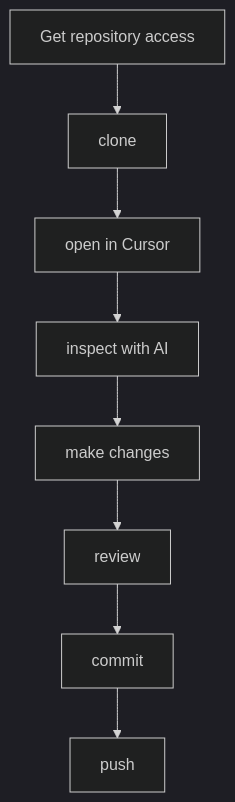
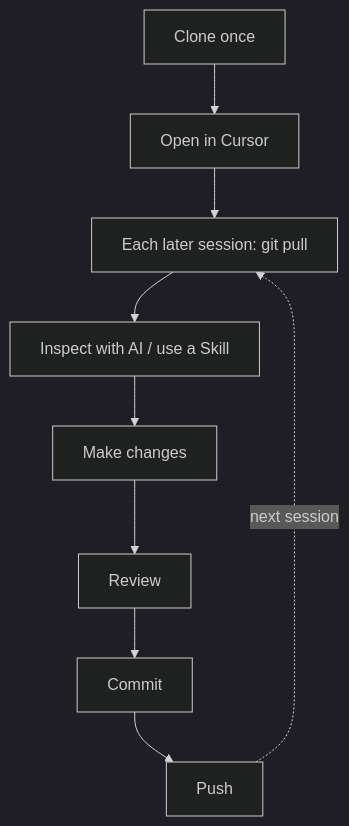
One commit to IpWangHei/environmentsetup changed the third of 3 diagrams in README.md. Above: the diagram before and after it, drawn with Mermaid (dark theme). The commit also changed other lines of this file, not shown here.

````diff
--- a/README.md
+++ b/README.md
@@ -837,10 +898,11 @@
 ```mermaid
 flowchart TD
-    A[Get repository access] --> B[clone]
-    B --> C[open in Cursor]
-    C --> D[inspect with AI]
-    D --> E[make changes]
-    E --> F[review]
-    F --> G[commit]
-    G --> H[push]
+    A[Clone once] --> B[Open in Cursor]
+    B --> C[Each later session: git pull]
+    C --> D[Inspect with AI / use a Skill]
+    D --> E[Make changes]
+    E --> F[Review]
+    F --> G[Commit]
+    G --> H[Push]
+    H -.->|next session| C
 ```
````
